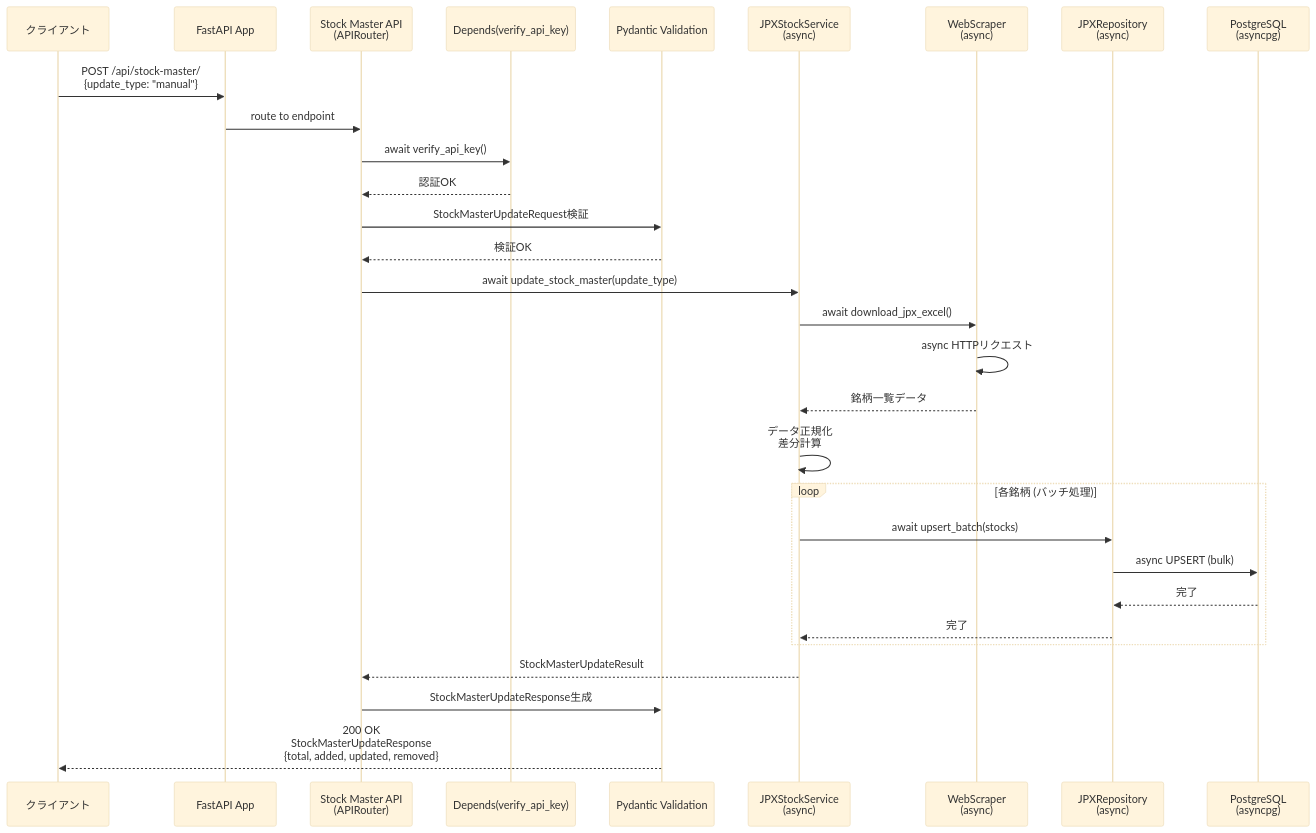
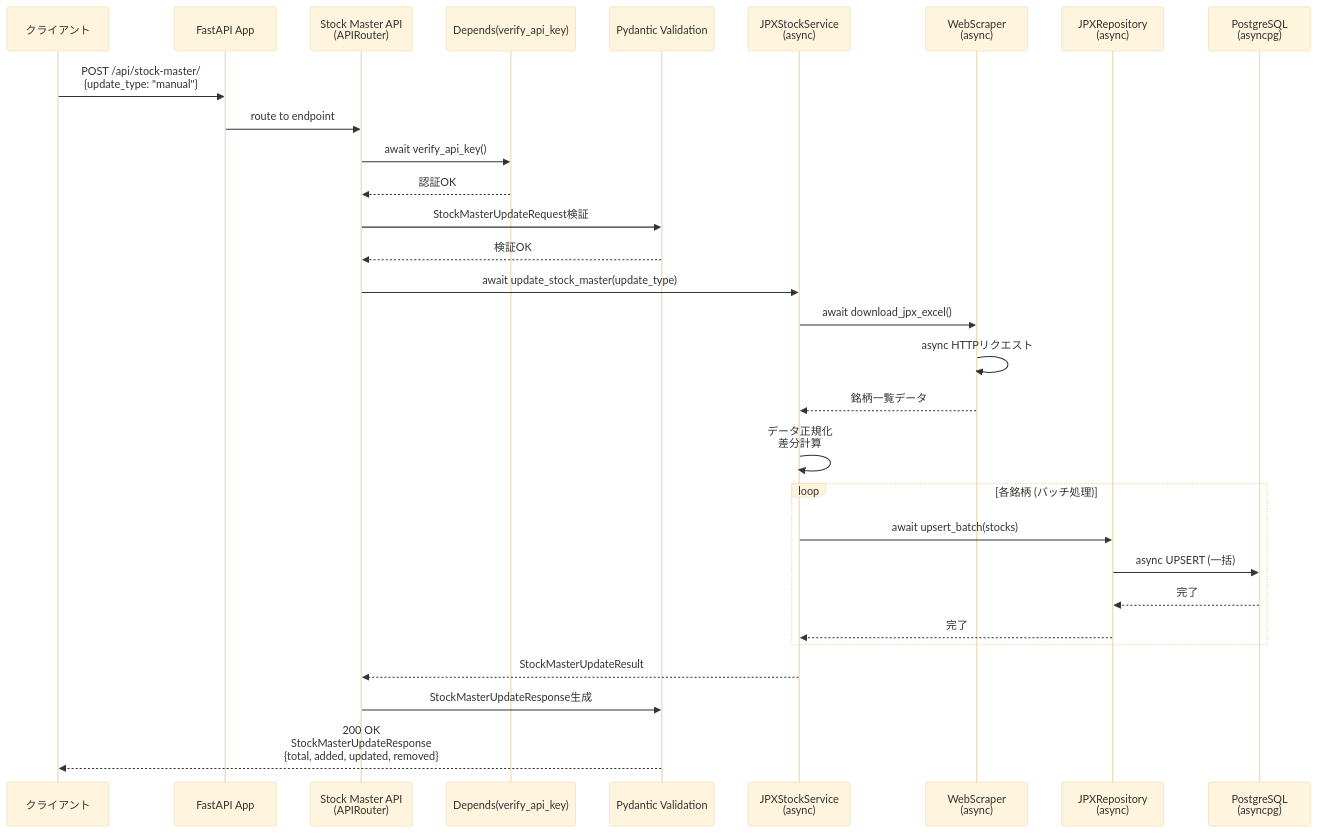
One commit to TIMMY-WEST/STOCK-INVESTMENT-ANALYZER changed the seventh of 9 diagrams in docs/architecture/layers/api_layer.md. Above: the diagram before and after it, drawn with Mermaid (base theme). The commit also changed other lines of this file and 2 other files, not shown here.

````diff
--- a/docs/architecture/layers/api_layer.md
+++ b/docs/architecture/layers/api_layer.md
@@ -532,41 +552,41 @@
 ```mermaid
 sequenceDiagram
     participant Client as クライアント
     participant FastAPI as FastAPI App
     participant StockAPI as Stock Master API<br/>(APIRouter)
     participant Auth as Depends(verify_api_key)
     participant Pydantic as Pydantic Validation
     participant JPXSvc as JPXStockService<br/>(async)
     participant Scraper as WebScraper<br/>(async)
     participant Repo as JPXRepository<br/>(async)
     participant DB as PostgreSQL<br/>(asyncpg)
 
     Client->>FastAPI: POST /api/stock-master/<br/>{update_type: "manual"}
     FastAPI->>StockAPI: route to endpoint
 
     StockAPI->>Auth: await verify_api_key()
     Auth-->>StockAPI: 認証OK
 
     StockAPI->>Pydantic: StockMasterUpdateRequest検証
     Pydantic-->>StockAPI: 検証OK
 
     StockAPI->>JPXSvc: await update_stock_master(update_type)
 
     JPXSvc->>Scraper: await download_jpx_excel()
     Scraper->>Scraper: async HTTPリクエスト
     Scraper-->>JPXSvc: 銘柄一覧データ
 
     JPXSvc->>JPXSvc: データ正規化<br/>差分計算
 
     loop 各銘柄 (バッチ処理)
         JPXSvc->>Repo: await upsert_batch(stocks)
-        Repo->>DB: async UPSERT (bulk)
+        Repo->>DB: async UPSERT (一括)
         DB-->>Repo: 完了
         Repo-->>JPXSvc: 完了
     end
 
     JPXSvc-->>StockAPI: StockMasterUpdateResult
 
     StockAPI->>Pydantic: StockMasterUpdateResponse生成
     Pydantic-->>Client: 200 OK<br/>StockMasterUpdateResponse<br/>{total, added, updated, removed}
 ```
````
